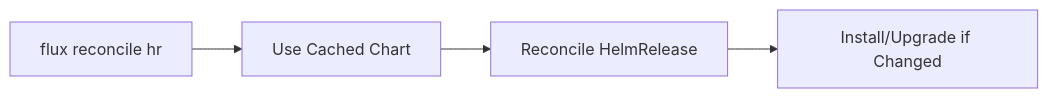
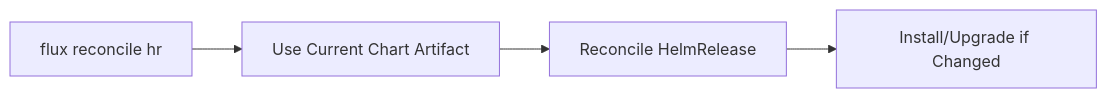
Before and after one commit to OneUptime/blog: the second of 2 diagrams in posts/2026-03-05-force-reconcile-helmrelease-flux/README.md, drawn with Mermaid. The commit also changed other lines of this file and 2 other files, not shown here.

Commit message:
validate: 2026-03-05-force-reconcile-helmrelease-flux

````diff
--- a/posts/2026-03-05-force-reconcile-helmrelease-flux/README.md
+++ b/posts/2026-03-05-force-reconcile-helmrelease-flux/README.md
@@ -54,6 +55,6 @@
 ```mermaid
 graph LR
-    A[flux reconcile hr] --> B[Use Cached Chart]
+    A[flux reconcile hr] --> B[Use Current Chart Artifact]
     B --> C[Reconcile HelmRelease]
     C --> D[Install/Upgrade if Changed]
 ```
````
